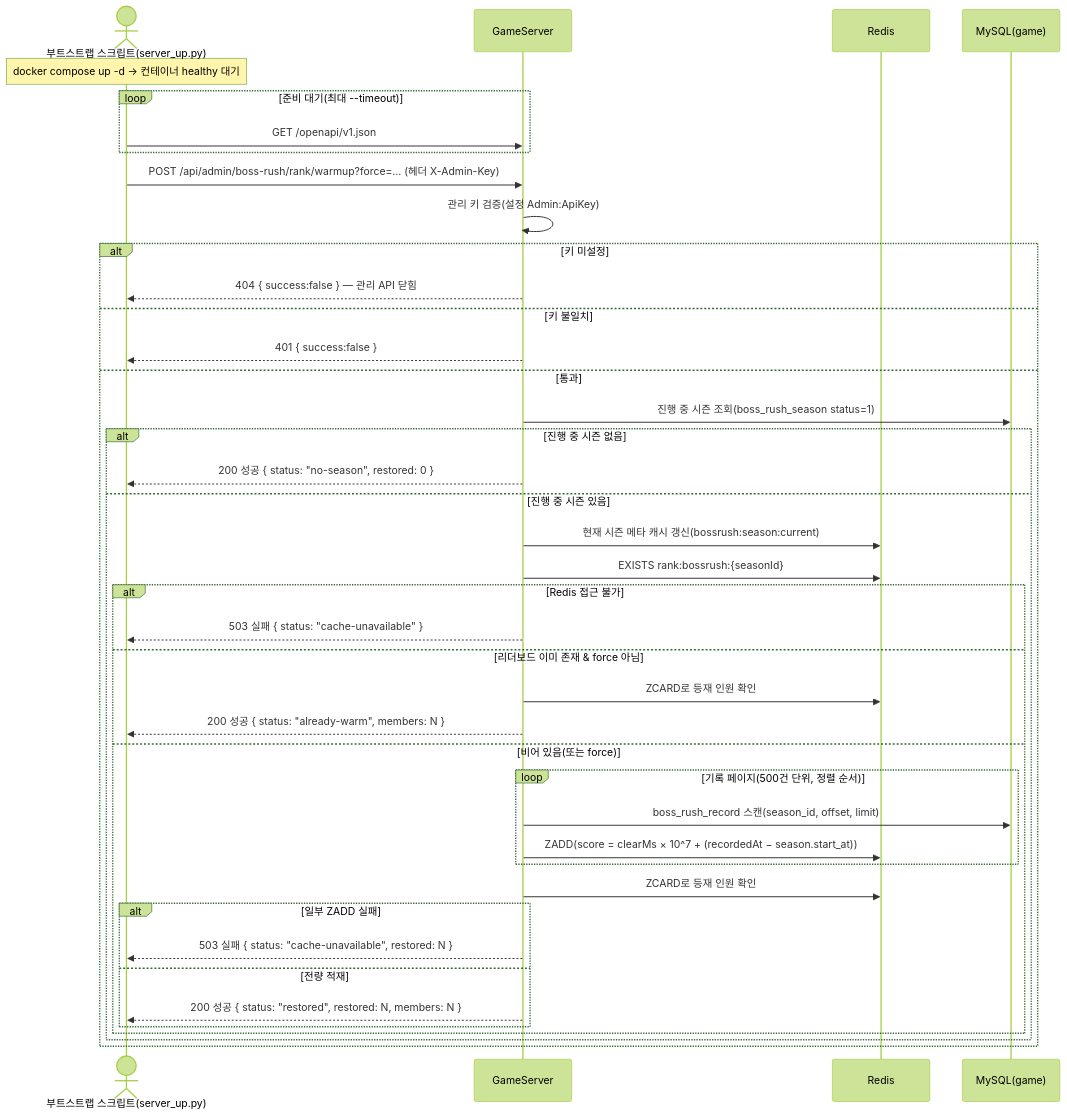
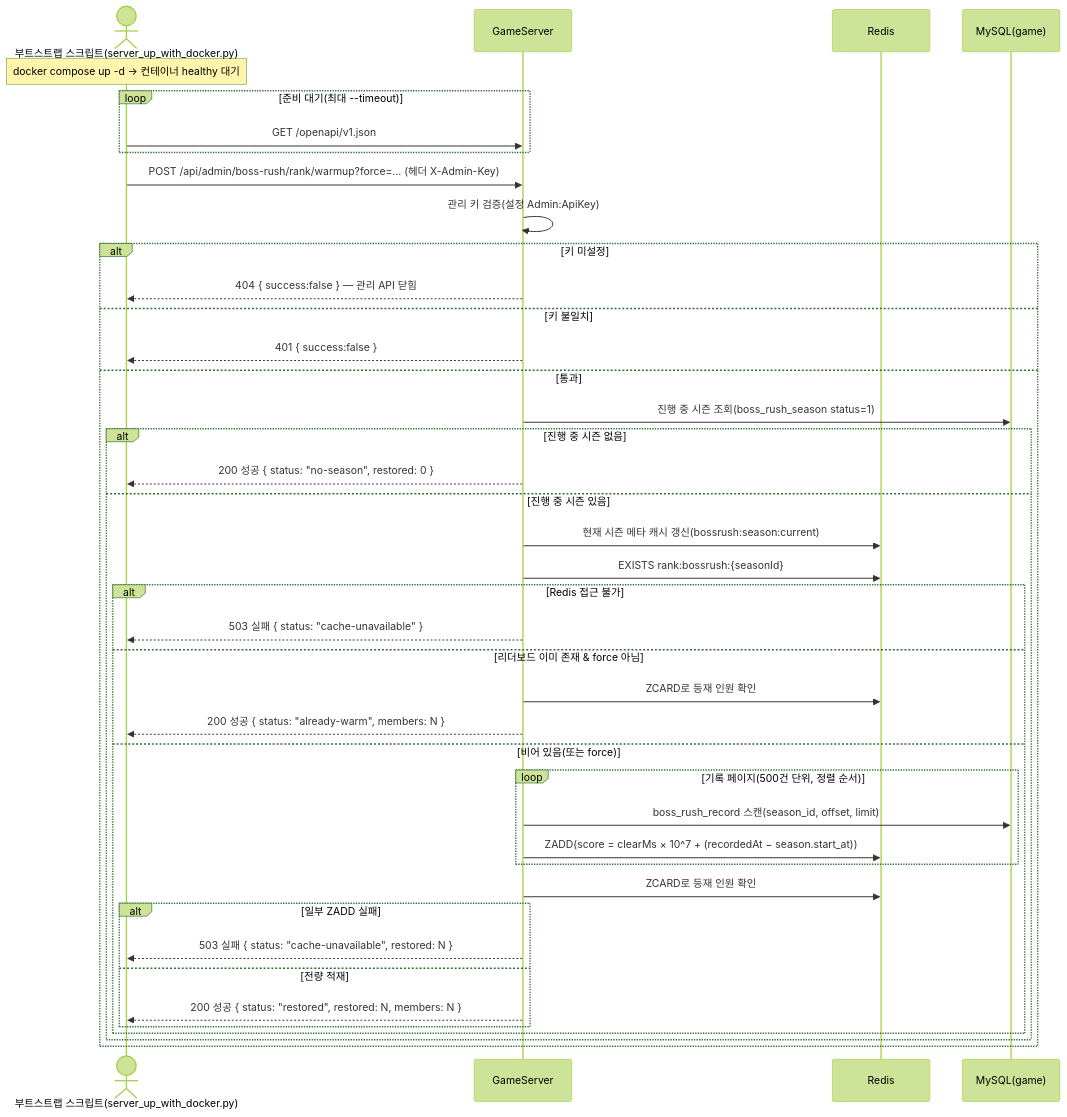
One commit to ks-wook/com2us-taskbar-hero changed diagram 47 of 48 in SequenceDiagram/README.md. Above: the diagram before and after it, drawn with Mermaid (forest theme). The commit also changed other lines of this file and 19 other files, not shown here.

````diff
--- a/SequenceDiagram/README.md
+++ b/SequenceDiagram/README.md
@@ -1543,44 +1543,44 @@
 ```mermaid
 sequenceDiagram
-    actor T as 부트스트랩 스크립트(server_up.py)
+    actor T as 부트스트랩 스크립트(server_up_with_docker.py)
     participant S as GameServer
     participant R as Redis
     participant DB as MySQL(game)
 
     Note over T: docker compose up -d → 컨테이너 healthy 대기
     loop 준비 대기(최대 --timeout)
         T->>S: GET /openapi/v1.json
     end
     T->>S: POST /api/admin/boss-rush/rank/warmup?force=… (헤더 X-Admin-Key)
     S->>S: 관리 키 검증(설정 Admin:ApiKey)
     alt 키 미설정
         S-->>T: 404 { success:false } — 관리 API 닫힘
     else 키 불일치
         S-->>T: 401 { success:false }
     else 통과
         S->>DB: 진행 중 시즌 조회(boss_rush_season status=1)
         alt 진행 중 시즌 없음
             S-->>T: 200 성공 { status: "no-season", restored: 0 }
         else 진행 중 시즌 있음
             S->>R: 현재 시즌 메타 캐시 갱신(bossrush:season:current)
             S->>R: EXISTS rank:bossrush:{seasonId}
             alt Redis 접근 불가
                 S-->>T: 503 실패 { status: "cache-unavailable" }
             else 리더보드 이미 존재 & force 아님
                 S->>R: ZCARD로 등재 인원 확인
                 S-->>T: 200 성공 { status: "already-warm", members: N }
             else 비어 있음(또는 force)
                 loop 기록 페이지(500건 단위, 정렬 순서)
                     S->>DB: boss_rush_record 스캔(season_id, offset, limit)
                     S->>R: ZADD(score = clearMs × 10^7 + (recordedAt − season.start_at))
                 end
                 S->>R: ZCARD로 등재 인원 확인
                 alt 일부 ZADD 실패
                     S-->>T: 503 실패 { status: "cache-unavailable", restored: N }
                 else 전량 적재
                     S-->>T: 200 성공 { status: "restored", restored: N, members: N }
                 end
             end
         end
     end
 ```
````
